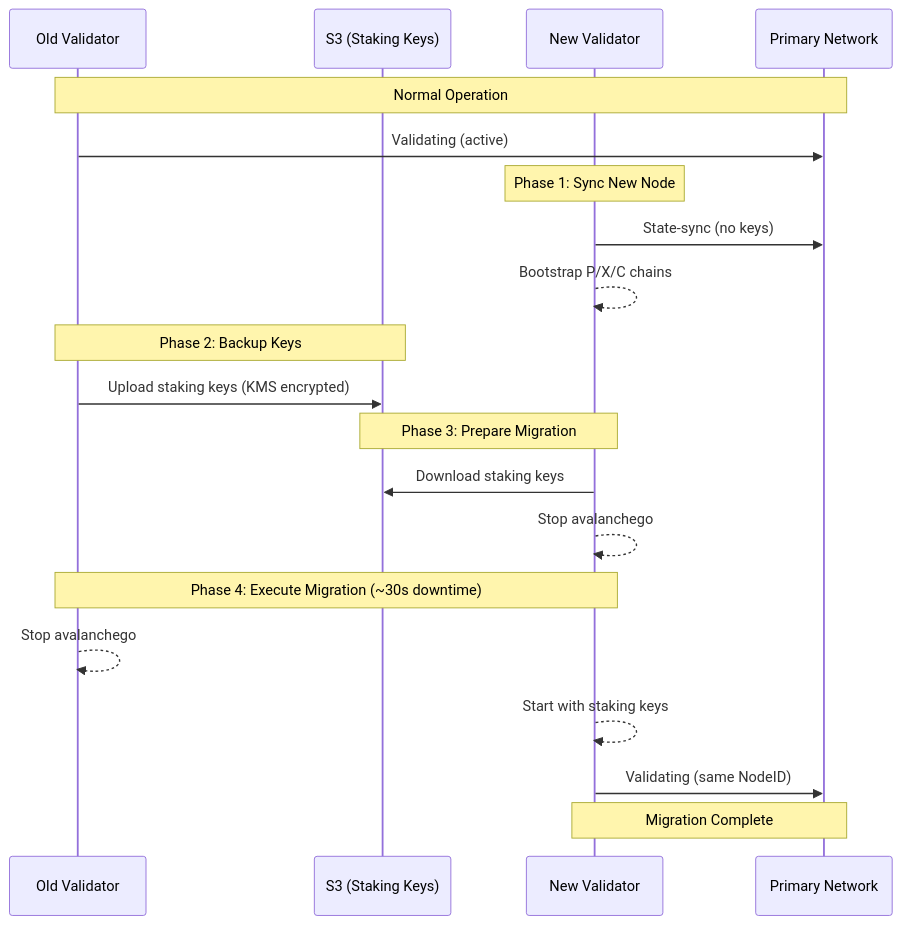
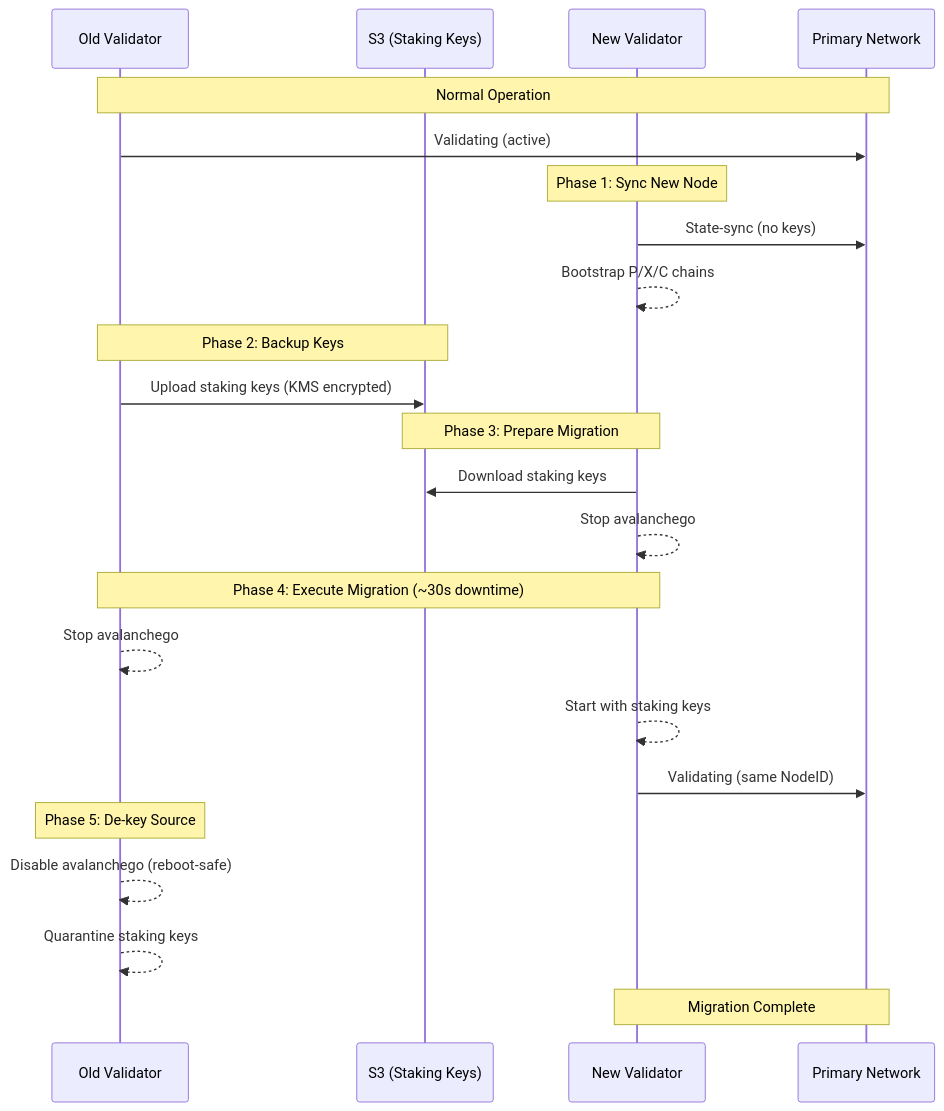
Before and after one commit to ava-labs/avalanche-deploy: the second of 2 diagrams in docs/primary-network/DEPLOYMENT.md, drawn with Mermaid. The commit also changed other lines of this file and 5 other files, not shown here.

````diff
--- a/docs/primary-network/DEPLOYMENT.md
+++ b/docs/primary-network/DEPLOYMENT.md
@@ -132,28 +141,32 @@
 ```mermaid
 sequenceDiagram
     participant Old as Old Validator
     participant S3 as S3 (Staking Keys)
     participant New as New Validator
     participant Network as Primary Network
 
     Note over Old,Network: Normal Operation
     Old->>Network: Validating (active)
 
     Note over New: Phase 1: Sync New Node
     New->>Network: State-sync (no keys)
     New-->>New: Bootstrap P/X/C chains
 
     Note over Old,S3: Phase 2: Backup Keys
     Old->>S3: Upload staking keys (KMS encrypted)
 
     Note over New,S3: Phase 3: Prepare Migration
     New->>S3: Download staking keys
     New-->>New: Stop avalanchego
 
     Note over Old,New: Phase 4: Execute Migration (~30s downtime)
     Old-->>Old: Stop avalanchego
     New-->>New: Start with staking keys
     New->>Network: Validating (same NodeID)
 
+    Note over Old: Phase 5: De-key Source
+    Old-->>Old: Disable avalanchego (reboot-safe)
+    Old-->>Old: Quarantine staking keys
+
     Note over New,Network: Migration Complete
 ```
````
